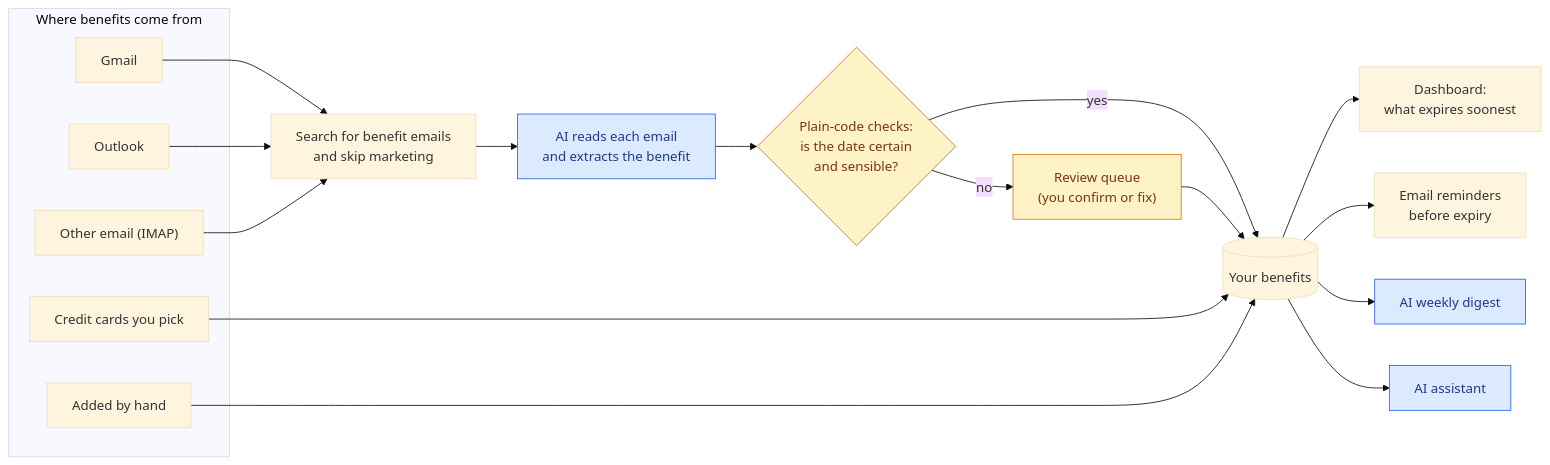
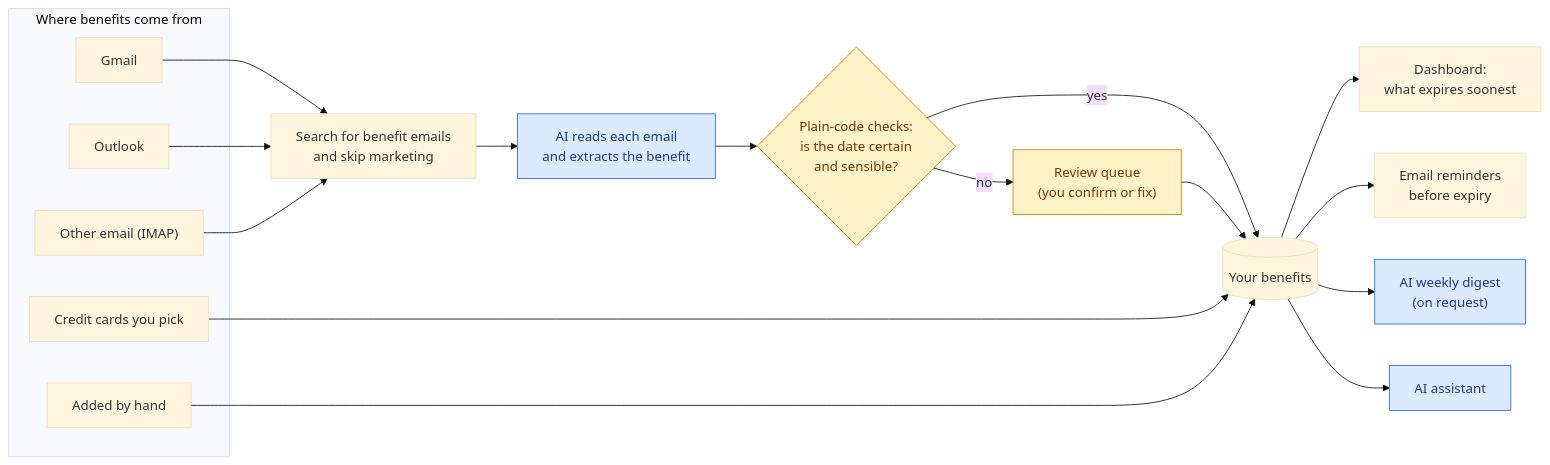
Before and after one commit to haid1lau/squirrel: the first of 3 diagrams in README.md, drawn with Mermaid (base theme). The commit also changed other lines of this file and 1 other file, not shown here.

````diff
--- a/README.md
+++ b/README.md
@@ -42,29 +42,29 @@
 ```mermaid
 flowchart LR
     subgraph sources["Where benefits come from"]
         G["Gmail"]
         O["Outlook"]
         I["Other email (IMAP)"]
         C["Credit cards you pick"]
         M["Added by hand"]
     end
 
     G & O & I --> F["Search for benefit emails<br/>and skip marketing"]
     F --> AI["AI reads each email<br/>and extracts the benefit"]
     AI --> V{"Plain-code checks:<br/>is the date certain<br/>and sensible?"}
     V -- yes --> T[("Your benefits")]
     V -- no --> R["Review queue<br/>(you confirm or fix)"]
     R --> T
     C --> T
     M --> T
 
     T --> D["Dashboard:<br/>what expires soonest"]
     T --> E["Email reminders<br/>before expiry"]
-    T --> W["AI weekly digest"]
+    T --> W["AI weekly digest<br/>(on request)"]
     T --> A["AI assistant"]
 
     classDef ai fill:#dbeafe,stroke:#2563eb,color:#1e3a8a
     classDef check fill:#fef3c7,stroke:#d97706,color:#78350f
     class AI,W,A ai
     class V,R check
 ```
````
